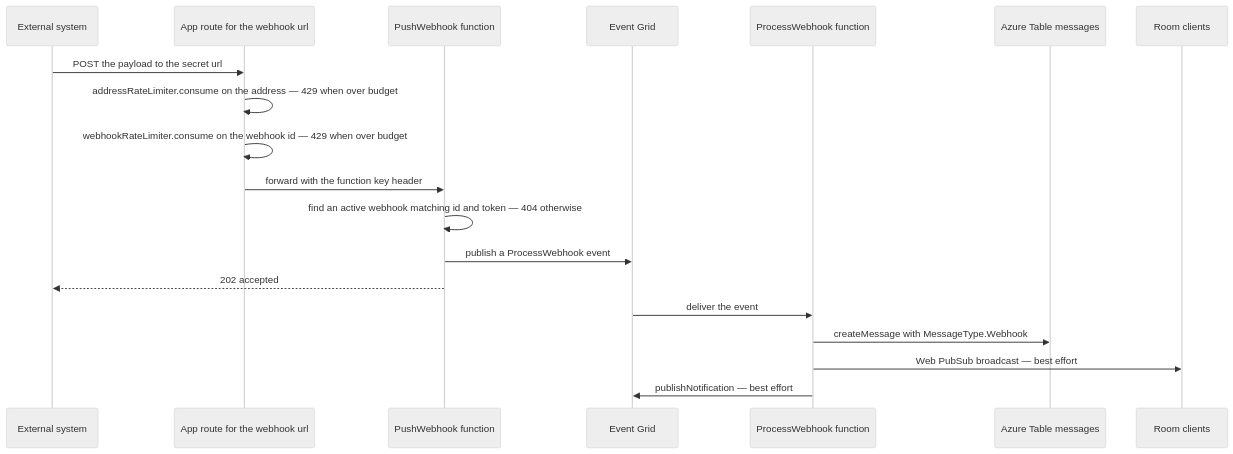
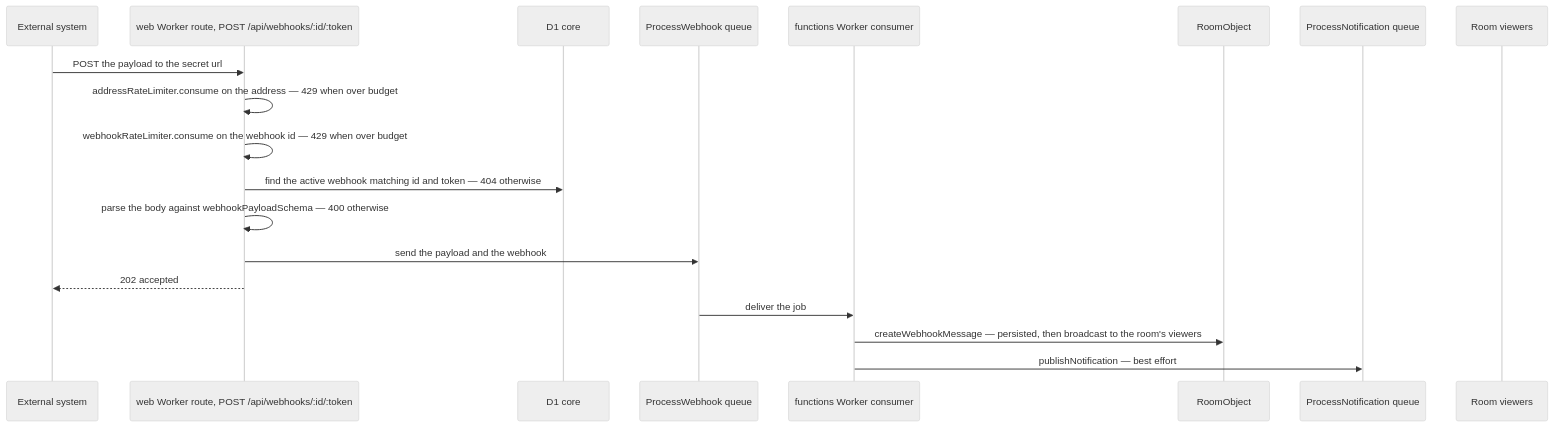
The diagram in openspec/specs/esbabbler/webhooks/design.md (Esposter/Esposter), drawn with Mermaid (neutral theme) before and after one commit. The commit also changed other lines of this file and 5 other files, not shown here.

First line of the commit message:
docs(openspec): attachments, emoji, display names, overrides and webhooks name R2, queue jobs and room events

````diff
--- a/openspec/specs/esbabbler/webhooks/design.md
+++ b/openspec/specs/esbabbler/webhooks/design.md
@@ -15,22 +15,22 @@
 ```mermaid
 sequenceDiagram
   participant Ext as External system
-  participant Nitro as App route for the webhook url
-  participant Push as PushWebhook function
-  participant Grid as Event Grid
-  participant Proc as ProcessWebhook function
-  participant Table as Azure Table messages
-  participant Client as Room clients
+  participant Route as web Worker route, POST /api/webhooks/:id/:token
+  participant D1 as D1 core
+  participant Q as ProcessWebhook queue
+  participant F as functions Worker consumer
+  participant R as RoomObject
+  participant N as ProcessNotification queue
+  participant Client as Room viewers
 
-  Ext->>Nitro: POST the payload to the secret url
-  Nitro->>Nitro: addressRateLimiter.consume on the address — 429 when over budget
-  Nitro->>Nitro: webhookRateLimiter.consume on the webhook id — 429 when over budget
-  Nitro->>Push: forward with the function key header
-  Push->>Push: find an active webhook matching id and token — 404 otherwise
-  Push->>Grid: publish a ProcessWebhook event
-  Push-->>Ext: 202 accepted
-  Grid->>Proc: deliver the event
-  Proc->>Table: createMessage with MessageType.Webhook
-  Proc->>Client: Web PubSub broadcast — best effort
-  Proc->>Grid: publishNotification — best effort
+  Ext->>Route: POST the payload to the secret url
+  Route->>Route: addressRateLimiter.consume on the address — 429 when over budget
+  Route->>Route: webhookRateLimiter.consume on the webhook id — 429 when over budget
+  Route->>D1: find the active webhook matching id and token — 404 otherwise
+  Route->>Route: parse the body against webhookPayloadSchema — 400 otherwise
+  Route->>Q: send the payload and the webhook
+  Route-->>Ext: 202 accepted
+  Q->>F: deliver the job
+  F->>R: createWebhookMessage — persisted, then broadcast to the room's viewers
+  F->>N: publishNotification — best effort
 ```
````
